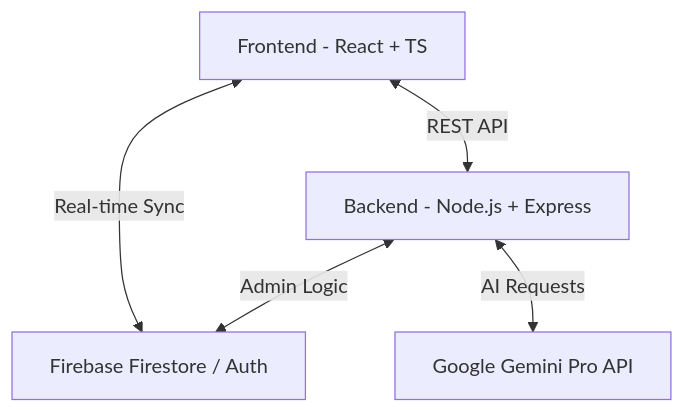
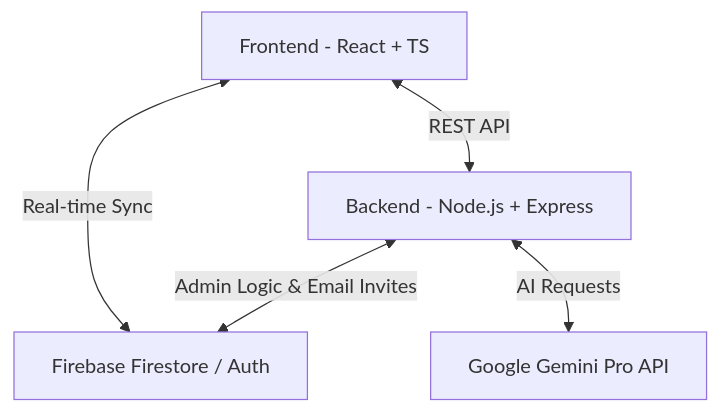
The diagram in README.md (AarushBhagat/StartupOps), drawn with Mermaid before and after one commit. The commit also changed other lines of this file, not shown here.

````diff
--- a/README.md
+++ b/README.md
@@ -53,7 +60,7 @@
 ```mermaid
 graph TD
     A[Frontend - React + TS] <-->|Real-time Sync| B[Firebase Firestore / Auth]
     A <-->|REST API| C[Backend - Node.js + Express]
     C <-->|AI Requests| D[Google Gemini Pro API]
-    C <-->|Admin Logic| B
+    C <-->|Admin Logic & Email Invites| B
 ```
````
